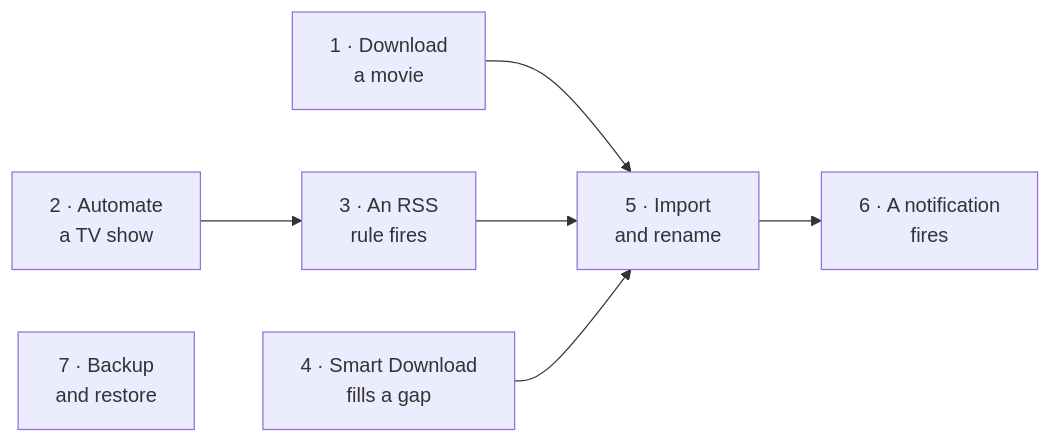
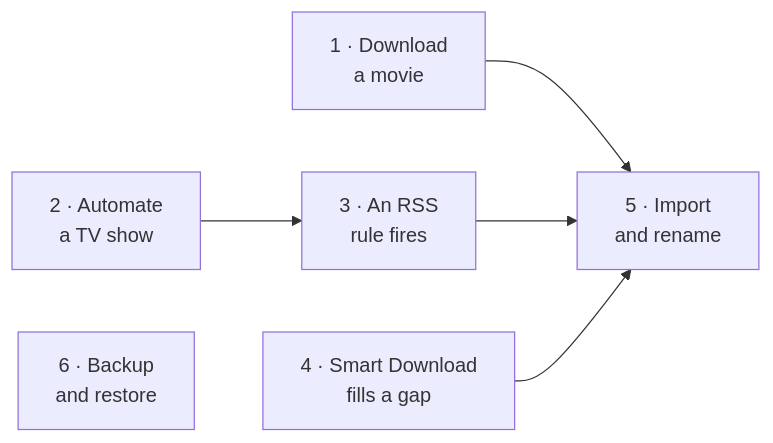
Before and after one commit to damirabal/ultratorrent-core: the first of 8 diagrams in website/docs/learn/workflows.md, drawn with Mermaid. The commit also changed other lines of this file and 63 other files, not shown here.

````diff
--- a/website/docs/learn/workflows.md
+++ b/website/docs/learn/workflows.md
@@ -36,16 +35,14 @@
 ```mermaid
 flowchart LR
   W1["1 · Download<br/>a movie"]
   W2["2 · Automate<br/>a TV show"]
   W3["3 · An RSS<br/>rule fires"]
   W4["4 · Smart Download<br/>fills a gap"]
   W5["5 · Import<br/>and rename"]
-  W6["6 · A notification<br/>fires"]
-  W7["7 · Backup<br/>and restore"]
+  W6["6 · Backup<br/>and restore"]
 
   W1 --> W5
   W2 --> W3
   W3 --> W5
   W4 --> W5
-  W5 --> W6
 ```
````
